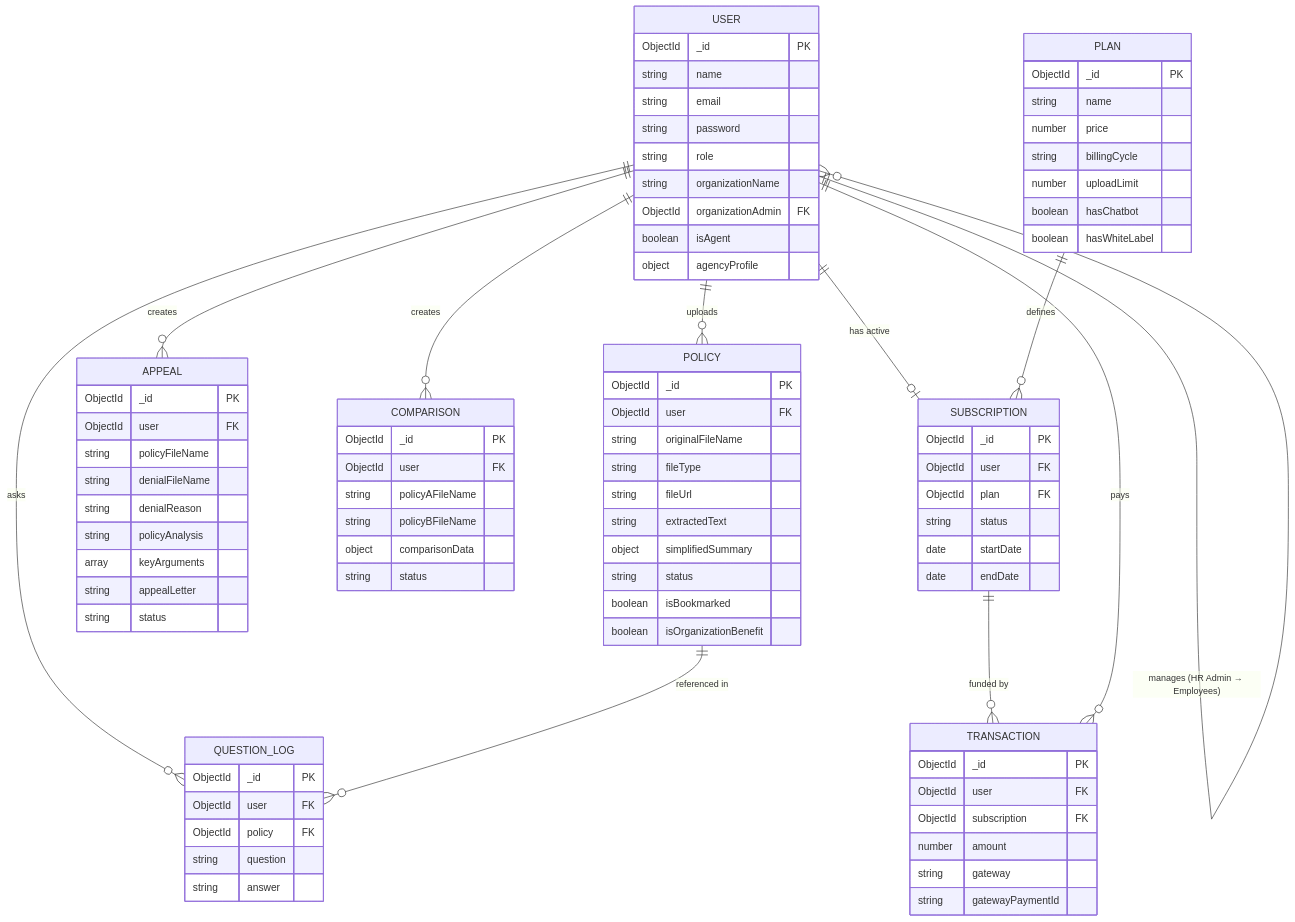
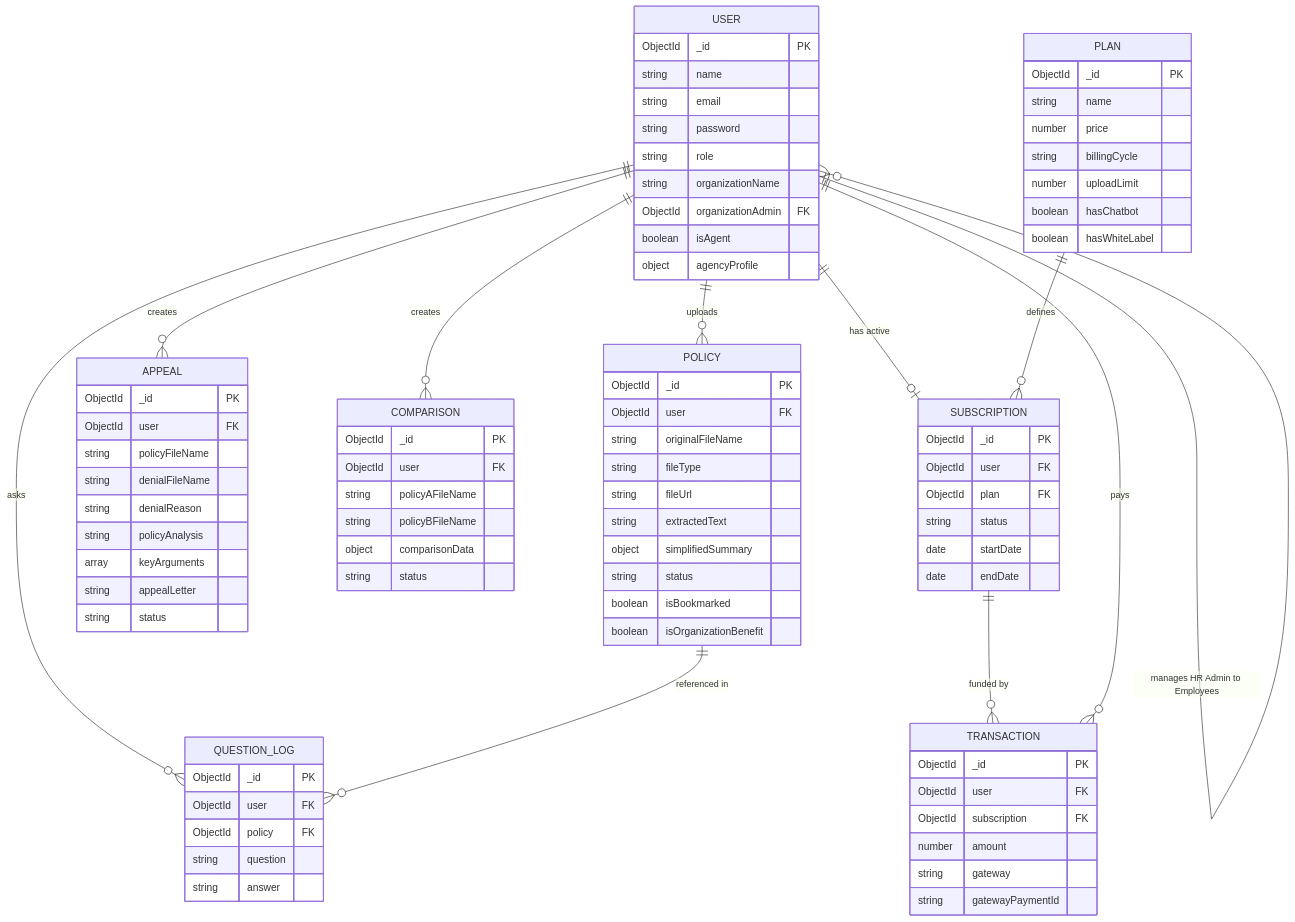
Before and after one commit to amyadavv/AI-Insurance-Policy-Simplifier: the fourth of 4 diagrams in PROJECT_ARCHITECTURE.md, drawn with Mermaid. The commit also changed other lines of this file and 5 other files, not shown here.

```diff
--- a/PROJECT_ARCHITECTURE.md
+++ b/PROJECT_ARCHITECTURE.md
@@ -896,7 +898,7 @@
     USER ||--o{ COMPARISON : "creates"
     USER ||--o{ QUESTION_LOG : "asks"
     USER ||--o| SUBSCRIPTION : "has active"
-    USER ||--o{ USER : "manages (HR Admin → Employees)"
+    USER ||--o{ USER : "manages HR Admin to Employees"
 
     POLICY ||--o{ QUESTION_LOG : "referenced in"
     PLAN ||--o{ SUBSCRIPTION : "defines"
```
